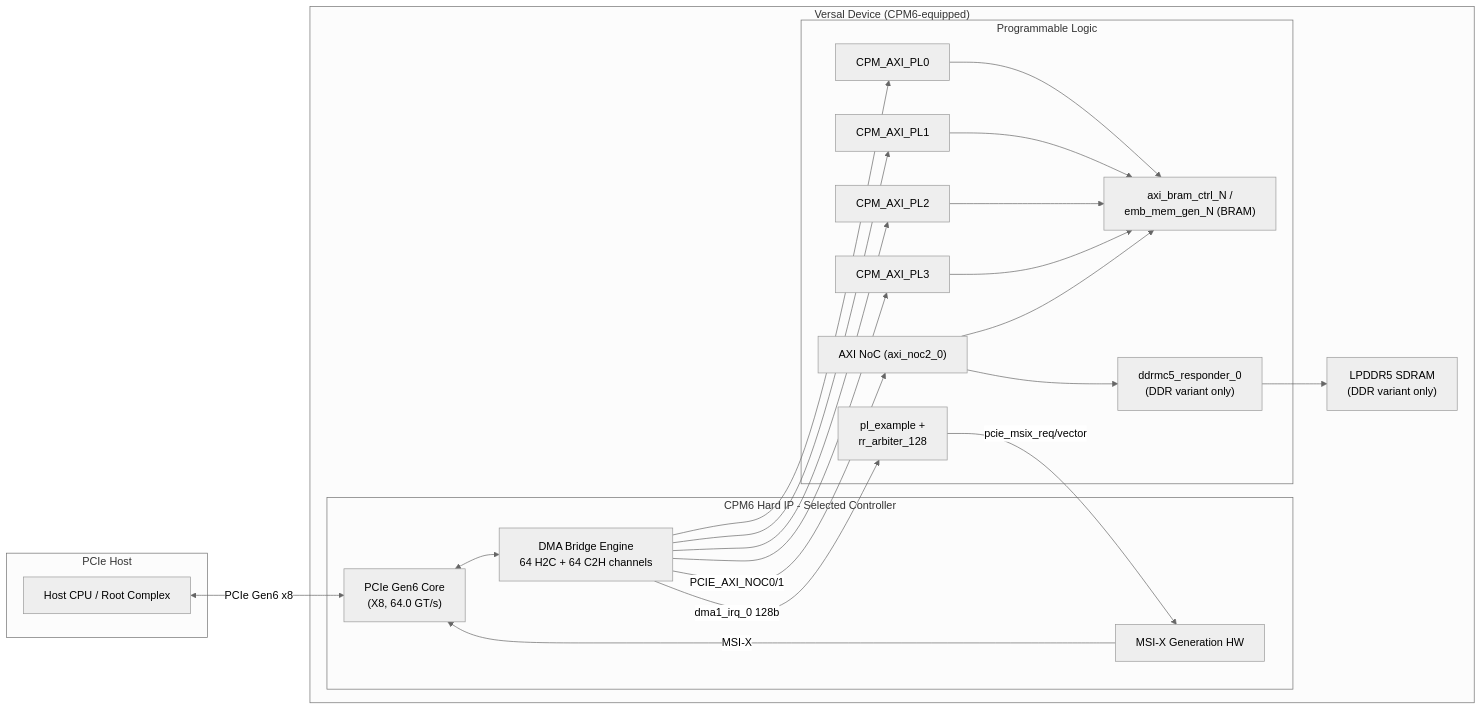
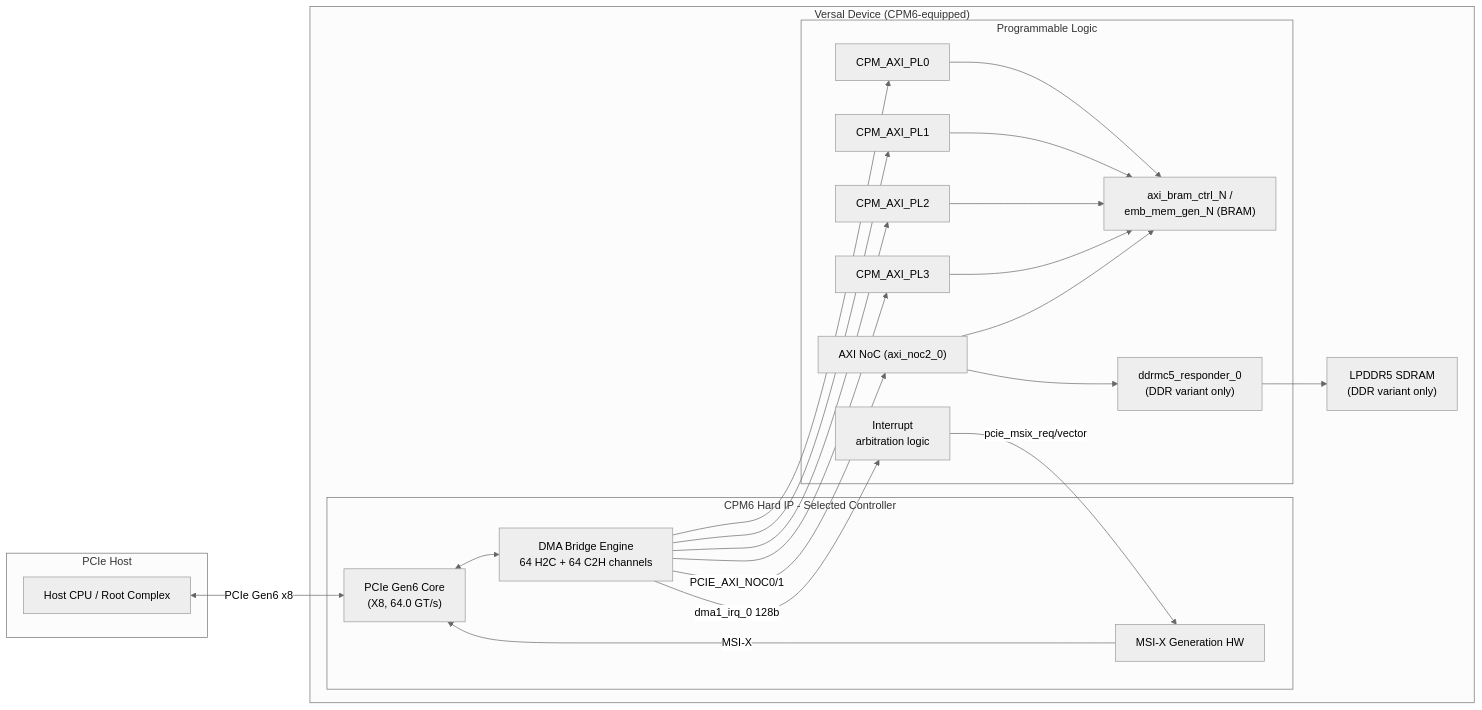
The first of 3 diagrams in ced/Xilinx/IPI/Versal_CPM6_DMA_Design/README.md (Xilinx/XilinxCEDStore), drawn with Mermaid (neutral theme) before and after one commit. The commit also changed other lines of this file and 21 other files, not shown here.

````diff
--- a/ced/Xilinx/IPI/Versal_CPM6_DMA_Design/README.md
+++ b/ced/Xilinx/IPI/Versal_CPM6_DMA_Design/README.md
@@ -55,41 +54,41 @@
 ```mermaid
 flowchart LR
     subgraph HOST["PCIe Host"]
         H[Host CPU / Root Complex]
     end
 
     subgraph VERSAL["Versal Device (CPM6-equipped)"]
         subgraph CPM6["CPM6 Hard IP - Selected Controller"]
             PCIeCore["PCIe Gen6 Core<br/>(X8, 64.0 GT/s)"]
             DMABridge["DMA Bridge Engine<br/>64 H2C + 64 C2H channels"]
             MSIXHw["MSI-X Generation HW"]
         end
 
         subgraph PL["Programmable Logic"]
             PLAXI0["CPM_AXI_PL0"]
             PLAXI1["CPM_AXI_PL1"]
             PLAXI2["CPM_AXI_PL2"]
             PLAXI3["CPM_AXI_PL3"]
             NOC["AXI NoC (axi_noc2_0)"]
             BRAM["axi_bram_ctrl_N /<br/>emb_mem_gen_N (BRAM)"]
             DDRMC["ddrmc5_responder_0<br/>(DDR variant only)"]
-            PLExample["pl_example +<br/>rr_arbiter_128"]
+            PLExample["Interrupt<br/>arbitration logic"]
         end
 
         LPDDR5["LPDDR5 SDRAM<br/>(DDR variant only)"]
     end
 
     H <-->|PCIe Gen6 x8| PCIeCore
     PCIeCore <--> DMABridge
     DMABridge -->|dma1_irq_0 128b| PLExample
     PLExample -->|pcie_msix_req/vector| MSIXHw
     MSIXHw -->|MSI-X| PCIeCore
 
     DMABridge --> PLAXI0 --> BRAM
     DMABridge --> PLAXI1 --> BRAM
     DMABridge --> PLAXI2 --> BRAM
     DMABridge --> PLAXI3 --> BRAM
     DMABridge -->|PCIE_AXI_NOC0/1| NOC
     NOC --> BRAM
     NOC --> DDRMC --> LPDDR5
 ```
````
